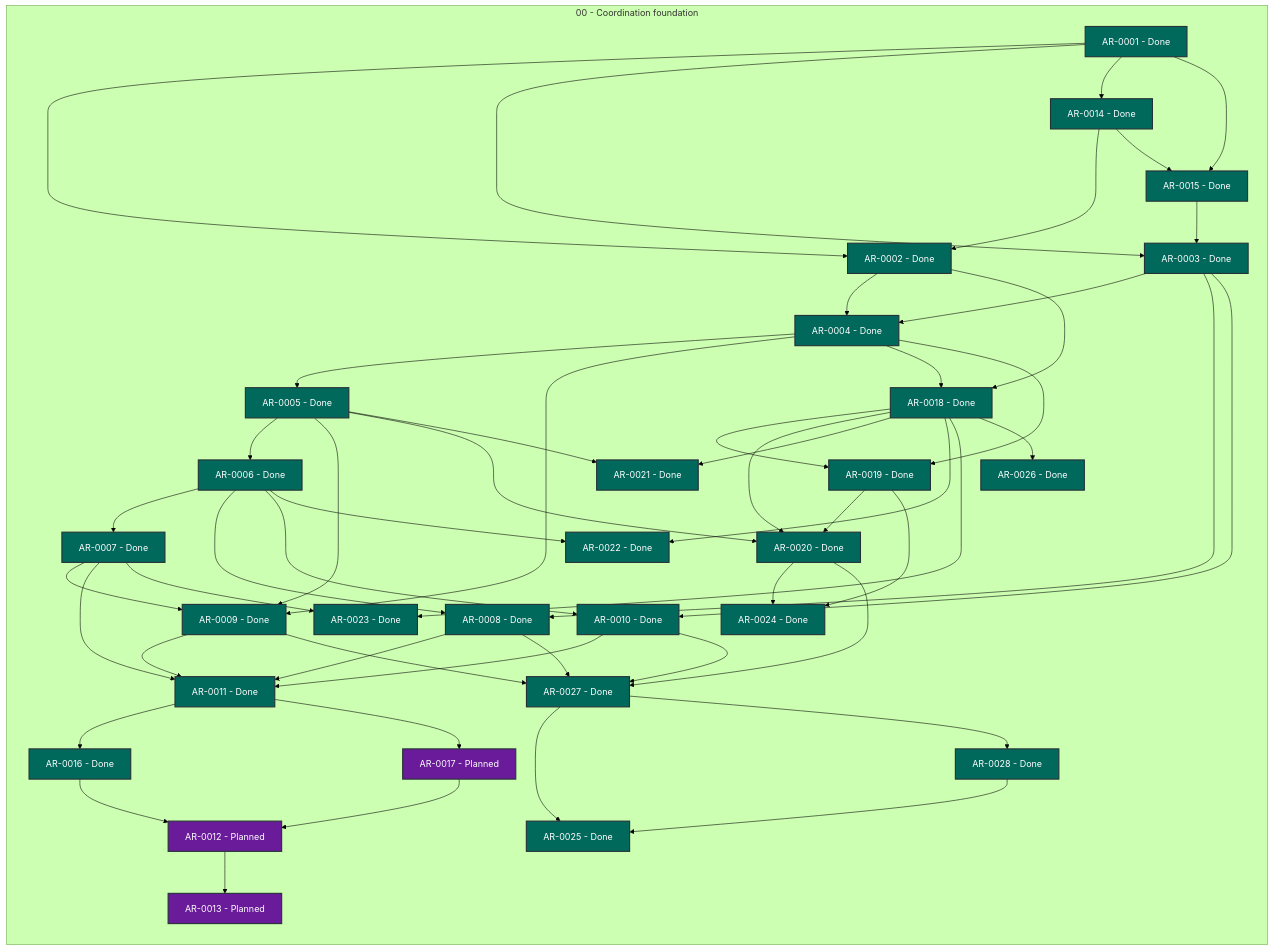
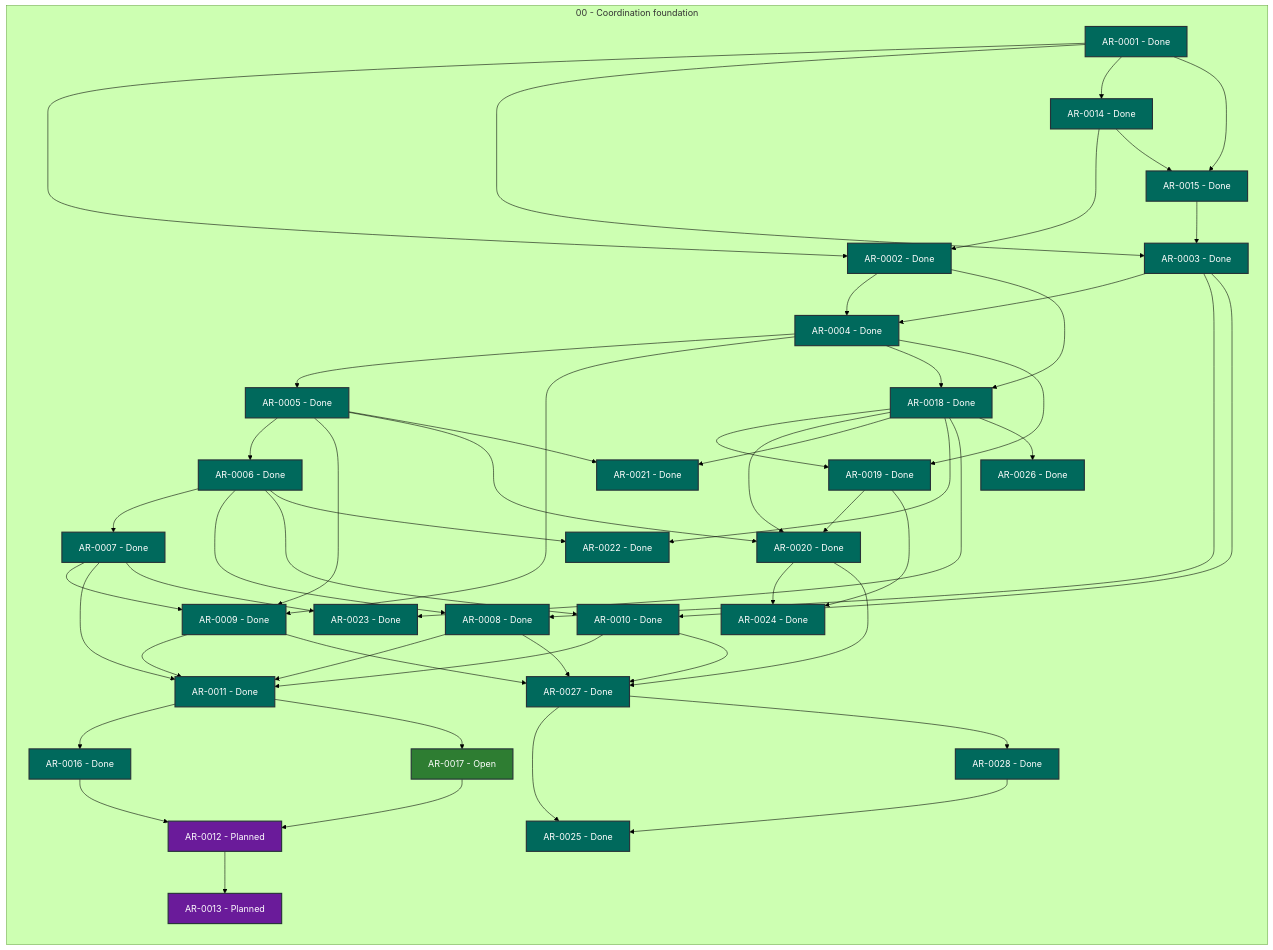
The diagram in STATUS.md (martin-beck/agent-workflow-tui-state), drawn with Mermaid (forest theme) before and after one commit. The commit also changed other lines of this file and 2 other files, not shown here.

```diff
--- a/STATUS.md
+++ b/STATUS.md
@@ -44,7 +44,7 @@
         AR_0014["AR-0014 - Done"]:::status_done
         AR_0015["AR-0015 - Done"]:::status_done
         AR_0016["AR-0016 - Done"]:::status_done
-        AR_0017["AR-0017 - Planned"]:::status_planned
+        AR_0017["AR-0017 - Open"]:::status_open
         AR_0018["AR-0018 - Done"]:::status_done
         AR_0019["AR-0019 - Done"]:::status_done
         AR_0020["AR-0020 - Done"]:::status_done
```
